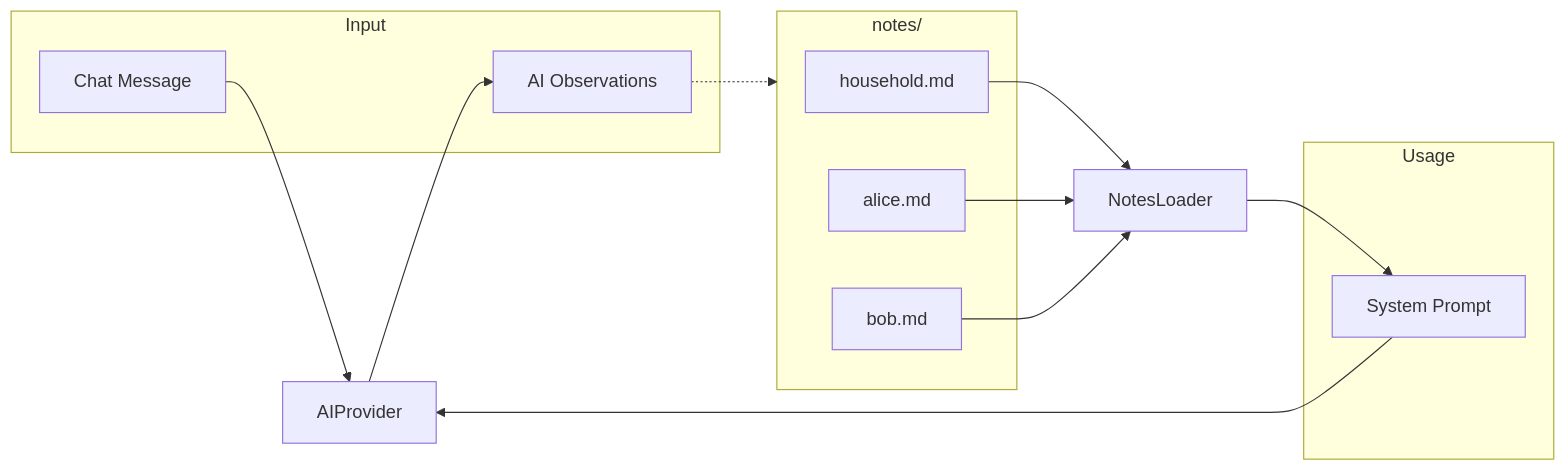
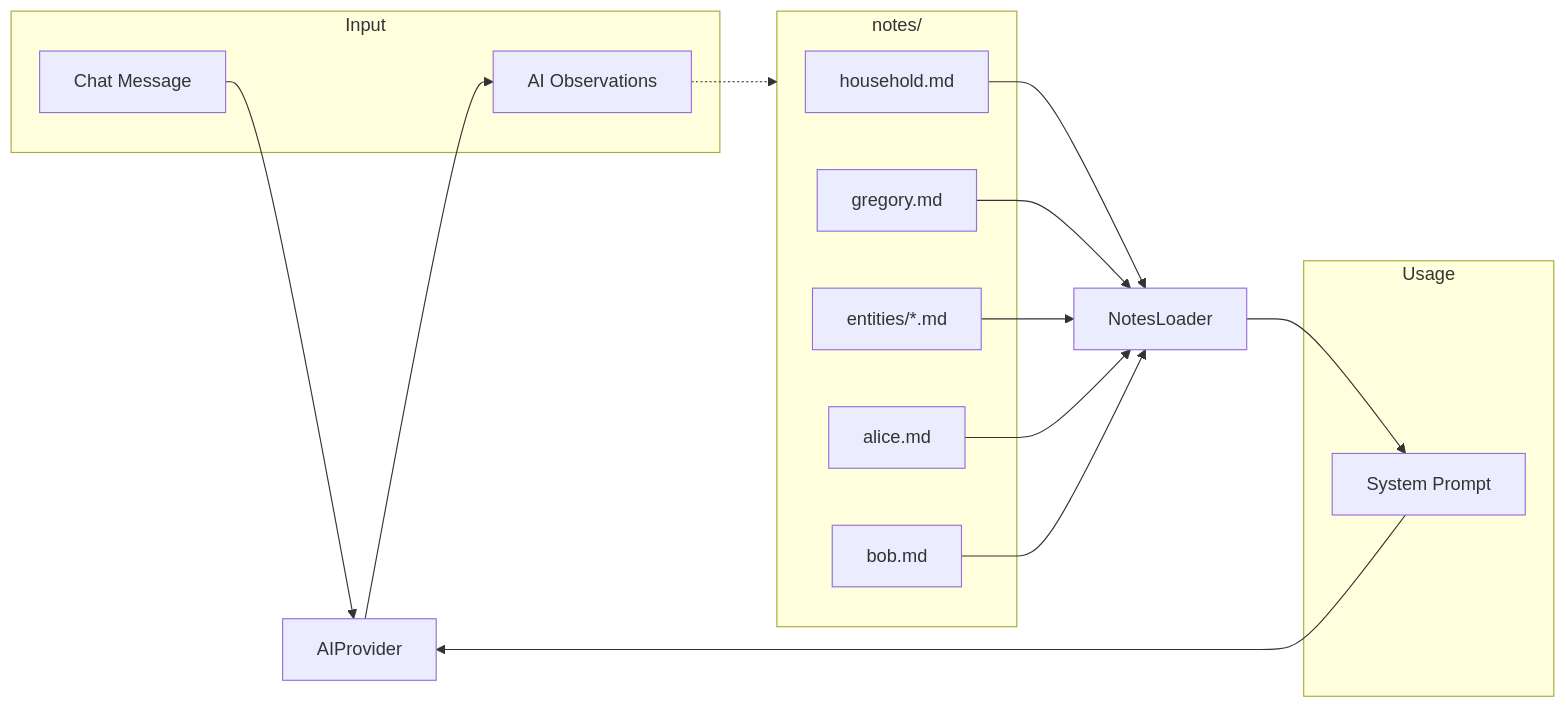
The fifth of 6 diagrams in docs/ARCHITECTURE.md (StevenGann/Gregory), drawn with Mermaid before and after one commit. The commit also changed other lines of this file and 28 other files, not shown here.

````diff
--- a/docs/ARCHITECTURE.md
+++ b/docs/ARCHITECTURE.md
@@ -111,26 +170,30 @@
 ```mermaid
 flowchart LR
     subgraph input [Input]
         Chat[Chat Message]
         Observations[AI Observations]
     end
 
     subgraph notes_dir [notes/]
         household[household.md]
+        gregory[gregory.md]
+        entities[entities/*.md]
         alice[alice.md]
         bob[bob.md]
     end
 
     subgraph usage [Usage]
         SystemPrompt[System Prompt]
     end
 
     household --> NotesLoader
+    gregory --> NotesLoader
+    entities --> NotesLoader
     alice --> NotesLoader
     bob --> NotesLoader
     NotesLoader --> SystemPrompt
     SystemPrompt --> AIProvider
     Chat --> AIProvider
     AIProvider --> Observations
     Observations -.-> notes_dir
 ```
````
